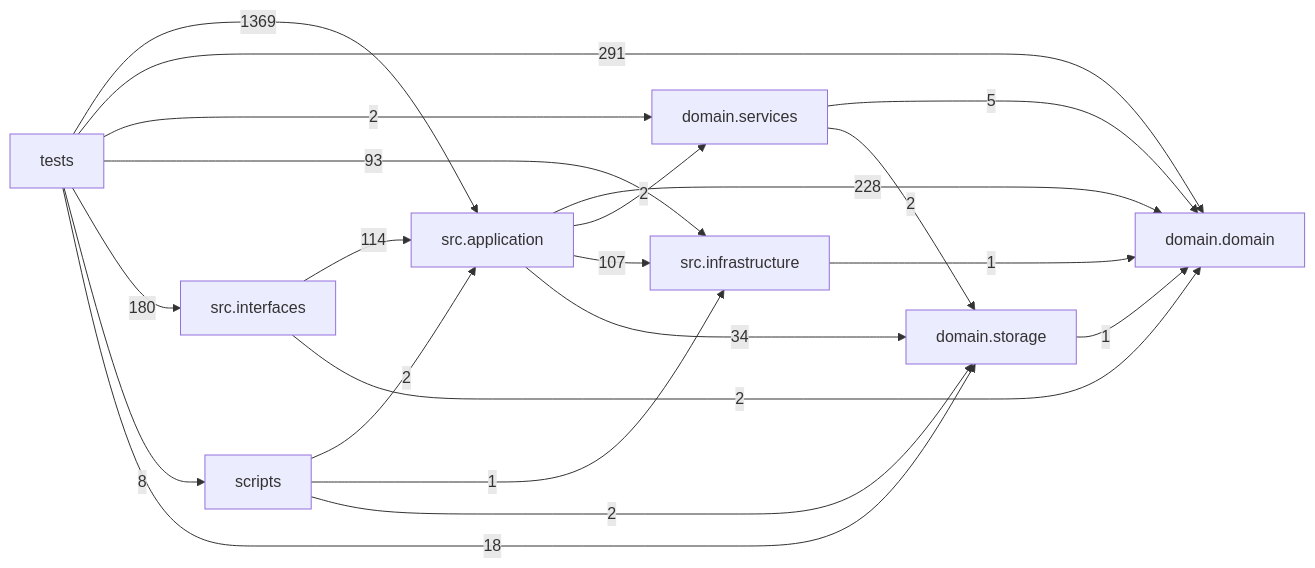
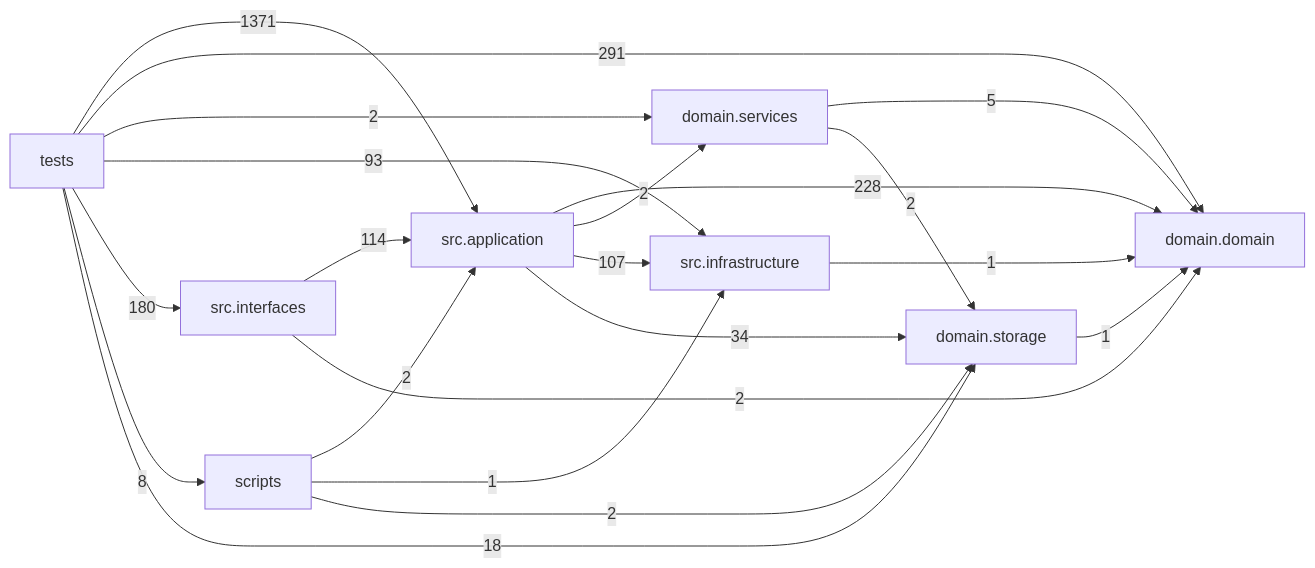
One commit to liuxie066/options-monitor changed the diagram in docs/DEPENDENCY_GRAPH.md. Above: the diagram before and after it, drawn with Mermaid. The commit also changed other lines of this file, not shown here.

Commit message:
Update dependency graph for v1.2.374

````diff
--- a/docs/DEPENDENCY_GRAPH.md
+++ b/docs/DEPENDENCY_GRAPH.md
@@ -24,31 +24,31 @@
 ```mermaid
 flowchart LR
   tests["tests"]
   scripts["scripts"]
   interfaces["src.interfaces"]
   application["src.application"]
   infrastructure["src.infrastructure"]
   domain_services["domain.services"]
   domain["domain.domain"]
   storage["domain.storage"]
   application -->|228| domain
   application -->|2| domain_services
   application -->|107| infrastructure
   application -->|34| storage
   domain_services -->|5| domain
   domain_services -->|2| storage
   infrastructure -->|1| domain
   interfaces -->|114| application
   interfaces -->|2| domain
   scripts -->|2| application
   scripts -->|1| infrastructure
   scripts -->|2| storage
   storage -->|1| domain
-  tests -->|1369| application
+  tests -->|1371| application
   tests -->|291| domain
   tests -->|2| domain_services
   tests -->|93| infrastructure
   tests -->|180| interfaces
   tests -->|8| scripts
   tests -->|18| storage
 ```
````
